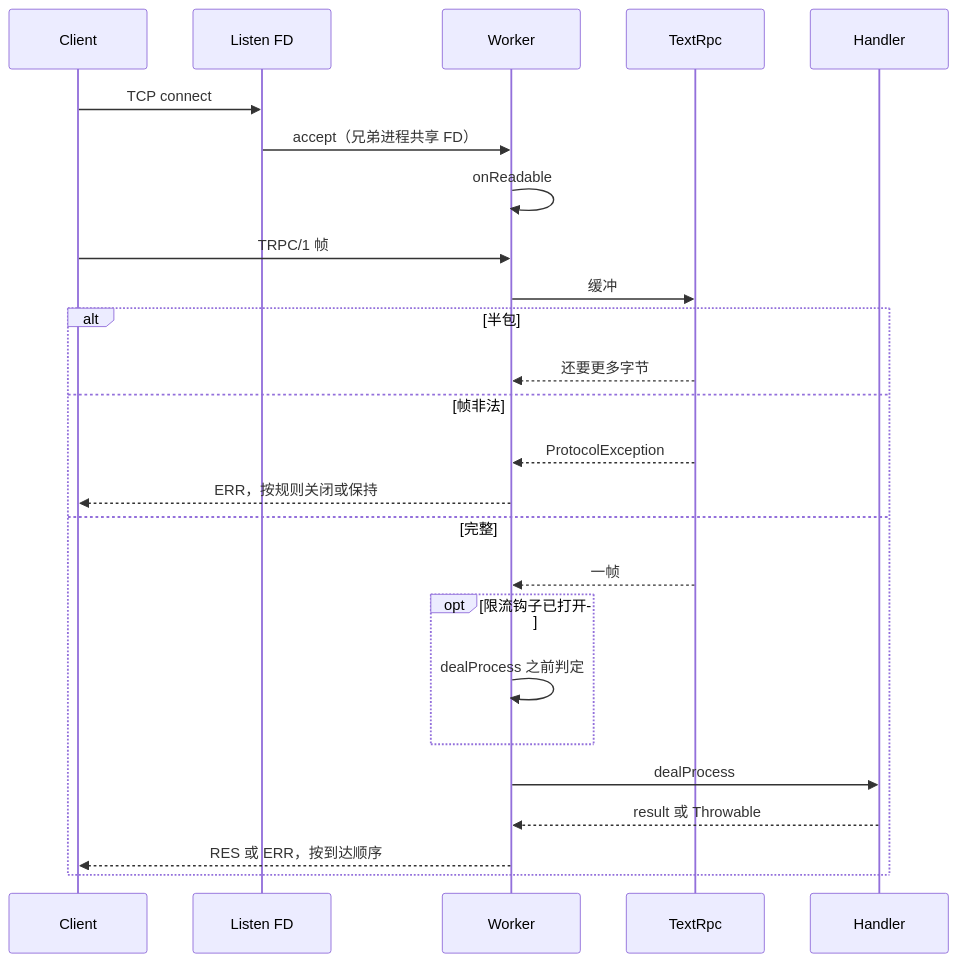
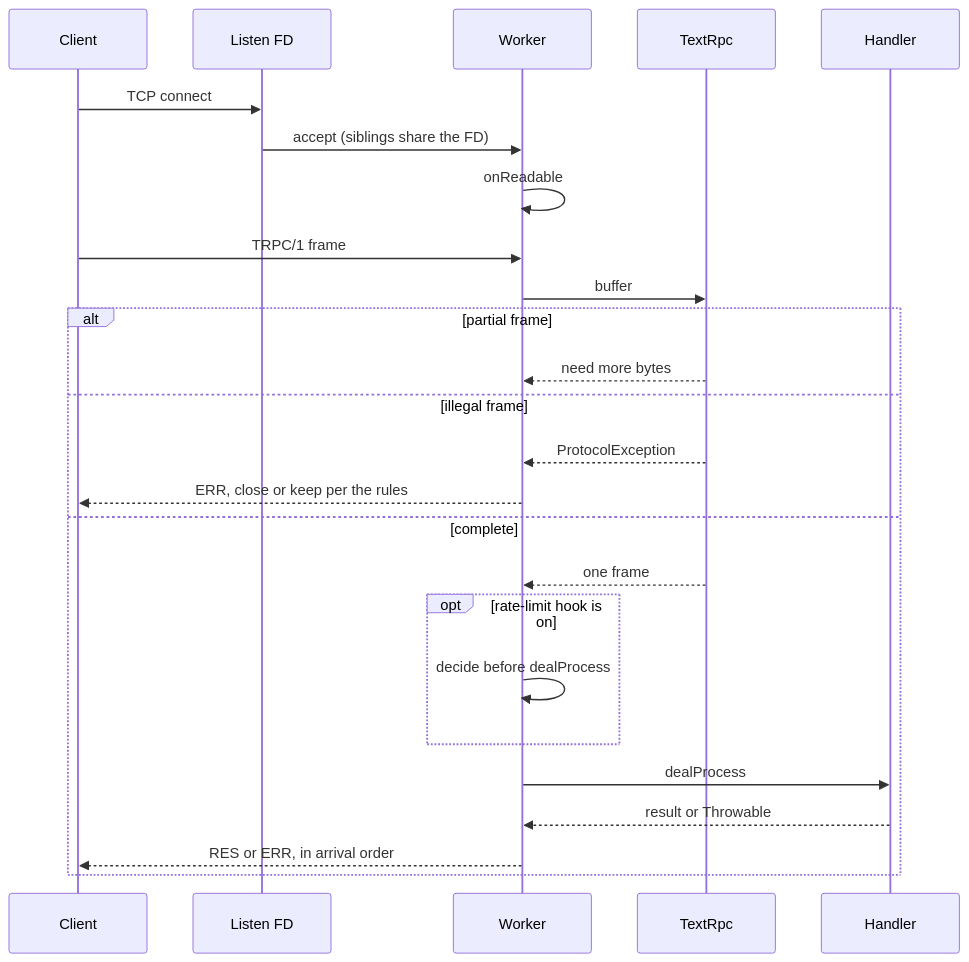
The second of 2 diagrams in docs/ROADMAP.md (AtlanticF/phpserver), drawn with Mermaid before and after one commit. The commit also changed other lines of this file and 8 other files, not shown here.

````diff
--- a/docs/ROADMAP.md
+++ b/docs/ROADMAP.md
@@ -60,28 +60,28 @@
 ```mermaid
 sequenceDiagram
   participant C as Client
   participant L as Listen FD
   participant W as Worker
   participant P as TextRpc
   participant H as Handler
 
   C->>L: TCP connect
-  L->>W: accept（兄弟进程共享 FD）
+  L->>W: accept (siblings share the FD)
   W->>W: onReadable
-  C->>W: TRPC/1 帧
-  W->>P: 缓冲
-  alt 半包
-    P-->>W: 还要更多字节
-  else 帧非法
+  C->>W: TRPC/1 frame
+  W->>P: buffer
+  alt partial frame
+    P-->>W: need more bytes
+  else illegal frame
     P-->>W: ProtocolException
-    W-->>C: ERR，按规则关闭或保持
-  else 完整
-    P-->>W: 一帧
-    opt 限流钩子已打开
-      W->>W: dealProcess 之前判定
+    W-->>C: ERR, close or keep per the rules
+  else complete
+    P-->>W: one frame
+    opt rate-limit hook is on
+      W->>W: decide before dealProcess
     end
     W->>H: dealProcess
-    H-->>W: result 或 Throwable
-    W-->>C: RES 或 ERR，按到达顺序
+    H-->>W: result or Throwable
+    W-->>C: RES or ERR, in arrival order
   end
 ```
````
